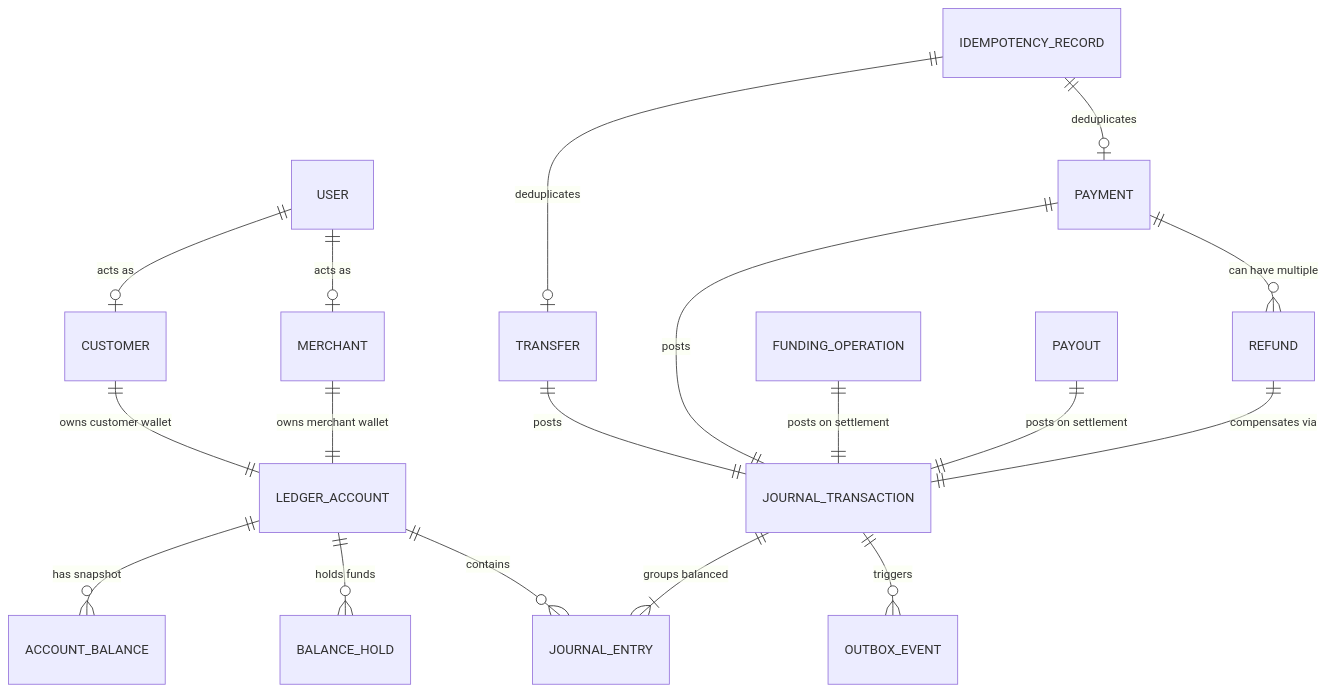
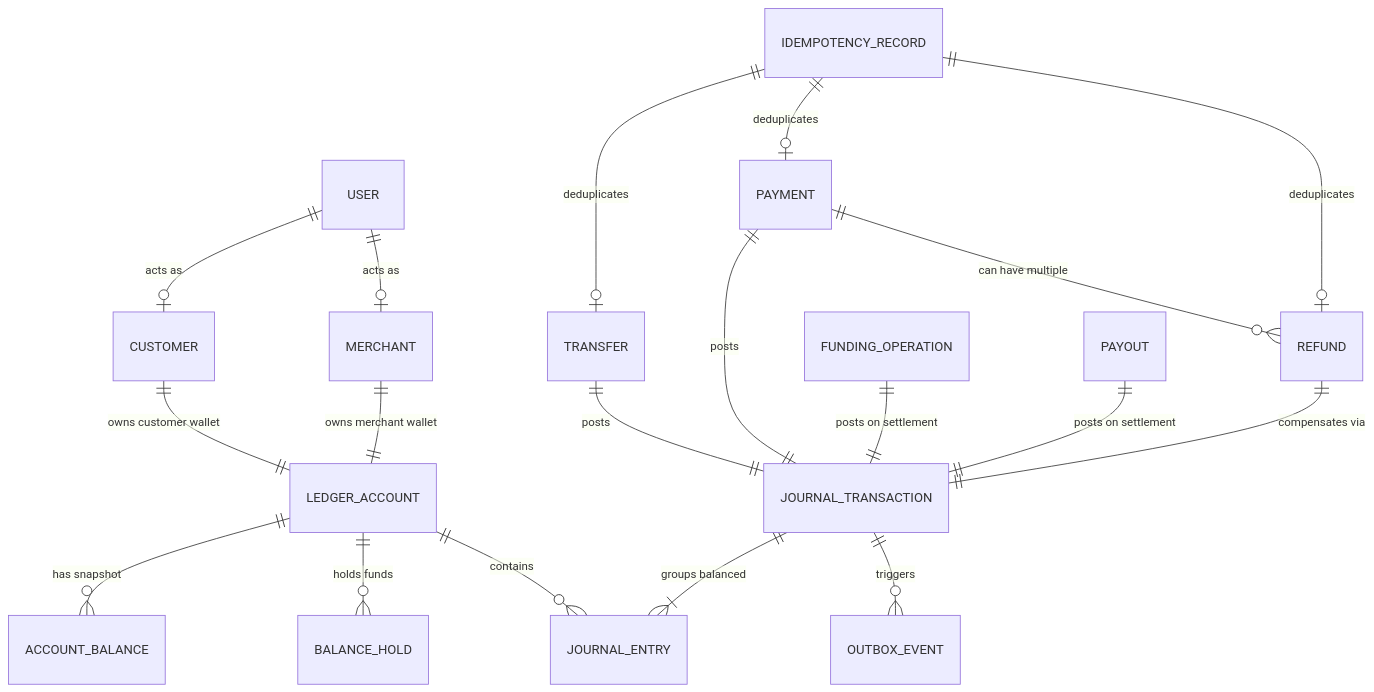
The diagram in docs/DOMAIN_MODEL.md (manishjangid1499-cell/ledgerguard), drawn with Mermaid before and after one commit. The commit also changed other lines of this file and 29 other files, not shown here.

````diff
--- a/docs/DOMAIN_MODEL.md
+++ b/docs/DOMAIN_MODEL.md
@@ -73,26 +78,27 @@
 ```mermaid
 erDiagram
     USER ||--o| CUSTOMER : "acts as"
     USER ||--o| MERCHANT : "acts as"
     CUSTOMER ||--|| LEDGER_ACCOUNT : "owns customer wallet"
     MERCHANT ||--|| LEDGER_ACCOUNT : "owns merchant wallet"
 
     LEDGER_ACCOUNT ||--o{ ACCOUNT_BALANCE : "has snapshot"
     LEDGER_ACCOUNT ||--o{ BALANCE_HOLD : "holds funds"
     LEDGER_ACCOUNT ||--o{ JOURNAL_ENTRY : "contains"
 
     JOURNAL_TRANSACTION ||--|{ JOURNAL_ENTRY : "groups balanced"
 
     TRANSFER ||--|| JOURNAL_TRANSACTION : "posts"
     PAYMENT ||--|| JOURNAL_TRANSACTION : "posts"
     REFUND ||--|| JOURNAL_TRANSACTION : "compensates via"
     FUNDING_OPERATION ||--|| JOURNAL_TRANSACTION : "posts on settlement"
     PAYOUT ||--|| JOURNAL_TRANSACTION : "posts on settlement"
 
     PAYMENT ||--o{ REFUND : "can have multiple"
 
     IDEMPOTENCY_RECORD ||--o| TRANSFER : "deduplicates"
     IDEMPOTENCY_RECORD ||--o| PAYMENT : "deduplicates"
+    IDEMPOTENCY_RECORD ||--o| REFUND : "deduplicates"
 
     JOURNAL_TRANSACTION ||--o{ OUTBOX_EVENT : "triggers"
 ```
````
